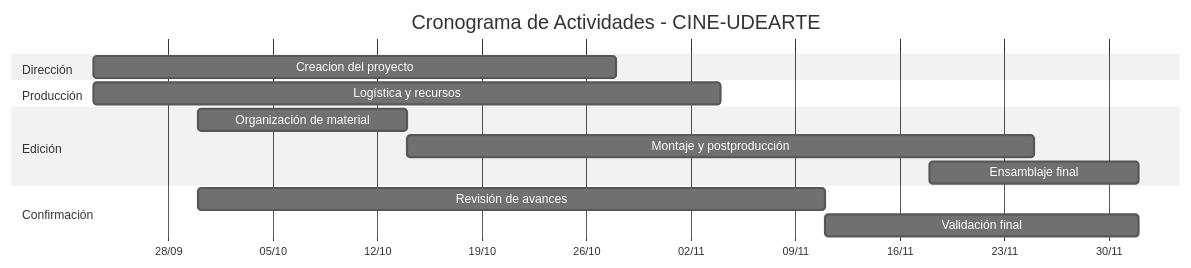
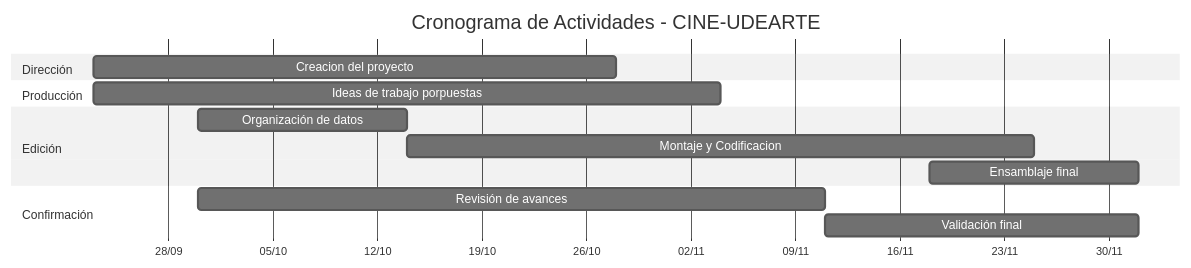
One commit to JonhyOC/CINE-UDEARTE changed the diagram in README.md. Above: the diagram before and after it, drawn with Mermaid (neutral theme).

````diff
--- a/README.md
+++ b/README.md
@@ -130,22 +130,22 @@
 ```mermaid
 gantt
     title Cronograma de Actividades - CINE-UDEARTE
     dateFormat  YYYY-MM-DD
     axisFormat  %d/%m
 
     section Dirección
     Creacion del proyecto             :dir1, 2025-09-23, 5w
     
 
     section Producción
-    Logística y recursos              :prod1, 2025-09-23, 6w
+    Ideas de trabajo porpuestas       :prod1, 2025-09-23, 6w
     
     section Edición
-    Organización de material          :edit1, 2025-09-30, 2w
-    Montaje y postproducción          :edit2, 2025-10-14, 6w
+    Organización de datos             :edit1, 2025-09-30, 2w
+    Montaje y Codificacion            :edit2, 2025-10-14, 6w
     Ensamblaje final                  :edit3, 2025-11-18, 2w
 
     section Confirmación
     Revisión de avances               :conf1, 2025-09-30, 6w
     Validación final                  :conf2, 2025-11-11, 3w
 ```
````
